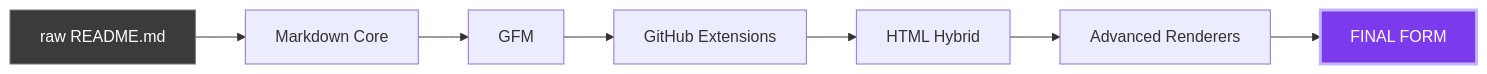
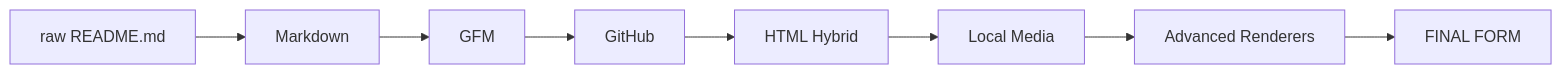
One commit to thiepn/markdown changed the first of 3 diagrams in README.md. Above: the diagram before and after it, drawn with Mermaid. The commit also changed other lines of this file and 11 other files, not shown here.

````diff
--- a/README.md
+++ b/README.md
@@ -93,15 +77,10 @@
 ```mermaid
 flowchart LR
-    A["raw README.md"] --> B["Markdown Core"]
-    B --> C["GFM"]
-    C --> D["GitHub Extensions"]
-    D --> E["HTML Hybrid"]
-    E --> F["Advanced Renderers"]
-    F --> G["FINAL FORM"]
-
-    A:::raw
-    G:::power
-
-    classDef raw fill:#3b3b3b,color:#ffffff,stroke:#777777
-    classDef power fill:#7c3aed,color:#ffffff,stroke:#c4b5fd,stroke-width:3px
+    A[raw README.md] --> B[Markdown]
+    B --> C[GFM]
+    C --> D[GitHub]
+    D --> E[HTML Hybrid]
+    E --> F[Local Media]
+    F --> G[Advanced Renderers]
+    G --> H[FINAL FORM]
 ```
````
